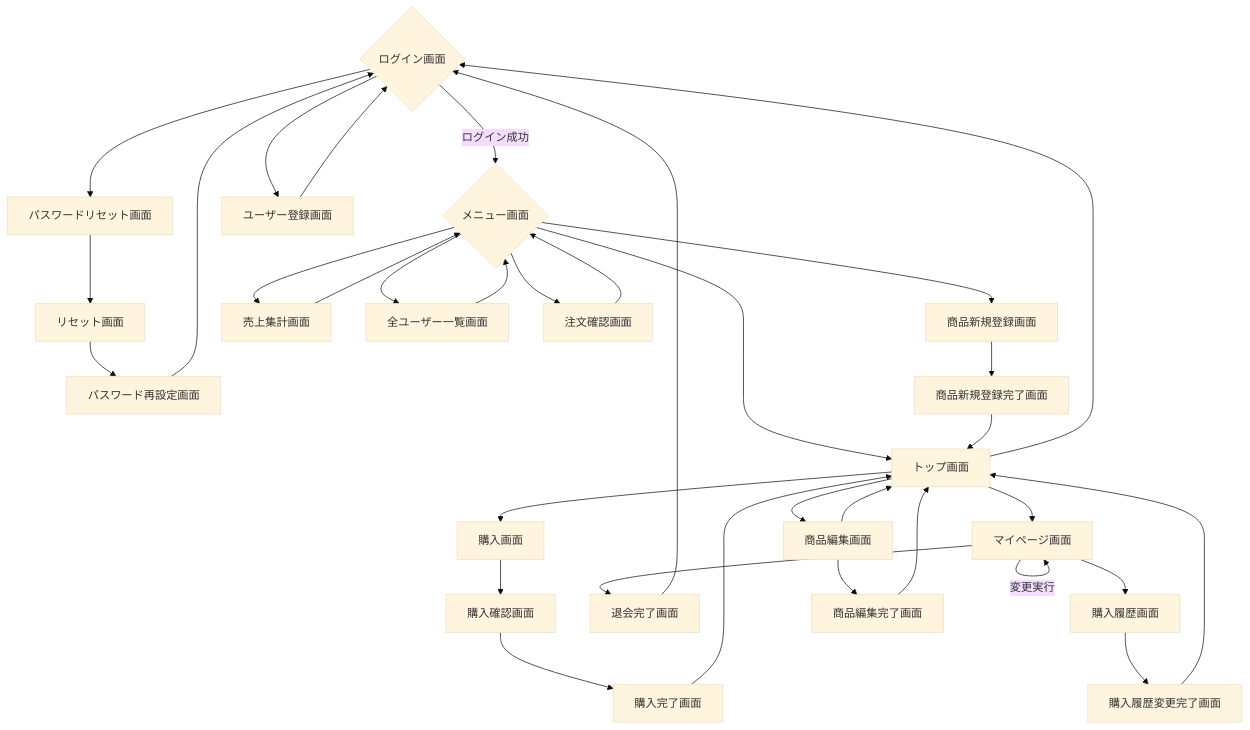
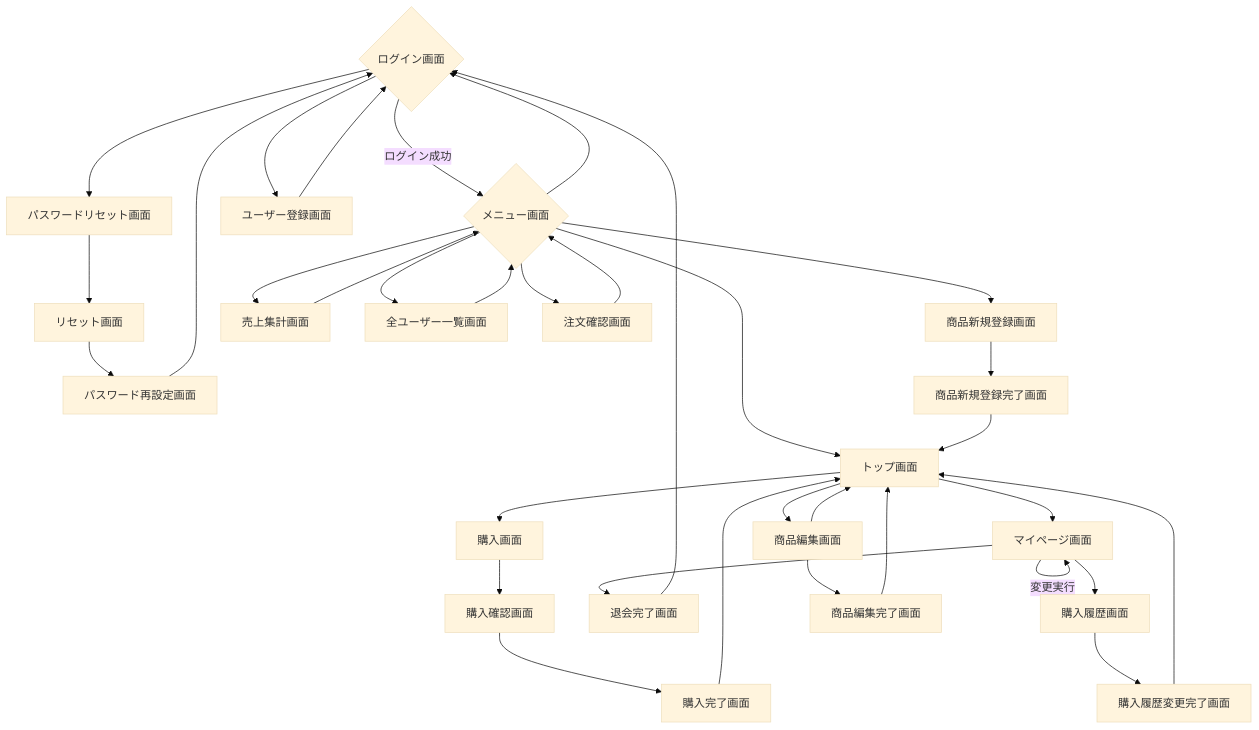
The diagram in 8-4_設計/screen_flow.md (namae-mizutani/yuki-mizutani-educure-app), drawn with Mermaid (base theme) before and after one commit.

````diff
--- a/8-4_設計/screen_flow.md
+++ b/8-4_設計/screen_flow.md
@@ -1,40 +1,40 @@
 ```mermaid
 graph TD
     A{ログイン画面} -->|ログイン成功| B{メニュー画面}
     A --> C[パスワードリセット画面]
     C --> U[リセット画面]
     U --> D[パスワード再設定画面]
     A --> E[ユーザー登録画面]
 
     B --> F[トップ画面]
     B --> G[商品新規登録画面]
     B --> H[売上集計画面]
     B --> I[全ユーザー一覧画面]
     B --> J[注文確認画面]
 
     F --> K[購入画面]
     F --> L[マイページ画面]
     L --> |変更実行|L
     L --> M[購入履歴画面]
     M --> T[購入履歴変更完了画面]
     T --> F
     L --> N[退会完了画面]
     N --> A
     K --> O[購入確認画面]
     O --> P[購入完了画面]
 
     G --> Q[商品新規登録完了画面]
     F --> R[商品編集画面]
     R --> S[商品編集完了画面]
 
     D --> A
-    F --> A
+    B --> A
     R --> F
     I --> B
     H --> B
     P --> F
     J --> B
     Q --> F
     S --> F
     E --> A
 ```
````
